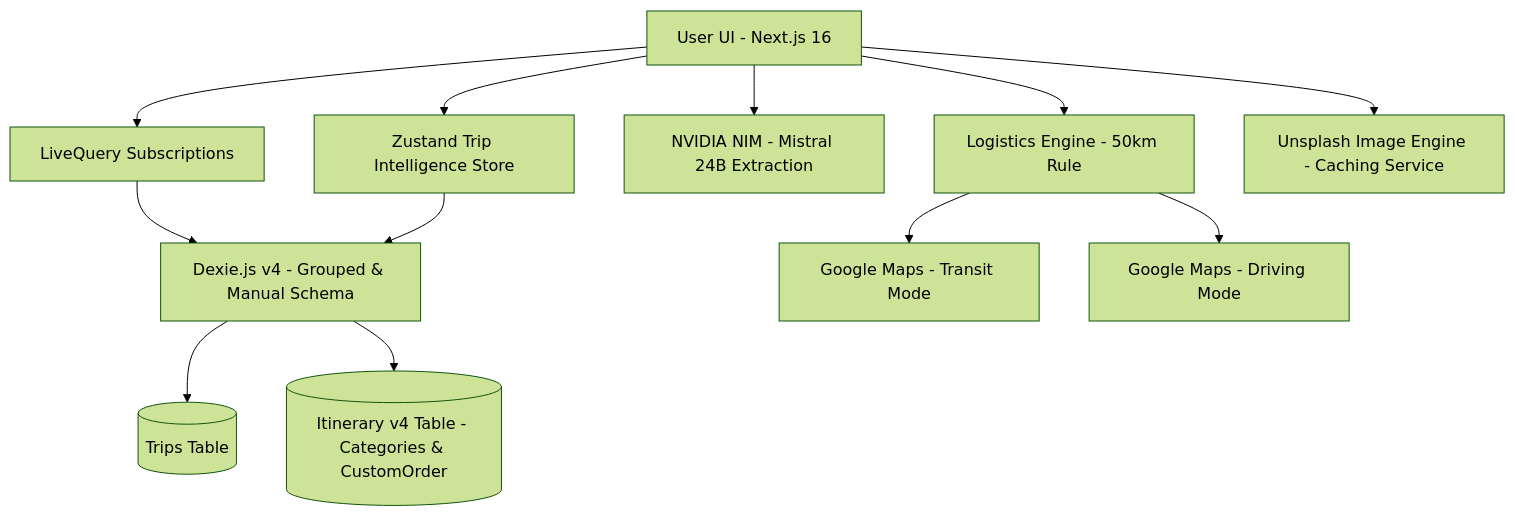
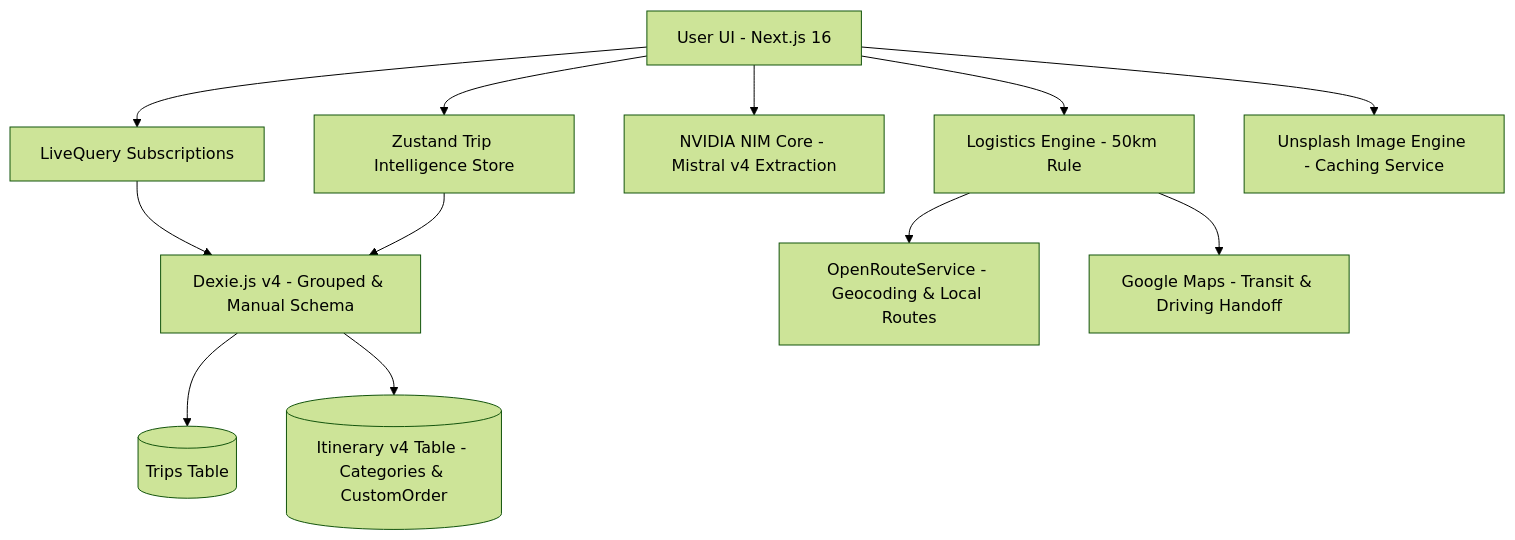
One commit to strike007-3000/RouteMate changed the diagram in README.md. Above: the diagram before and after it, drawn with Mermaid (forest theme). The commit also changed other lines of this file and 6 other files, not shown here.

````diff
--- a/README.md
+++ b/README.md
@@ -49,14 +50,14 @@
 ```mermaid
 graph TD
     A[User UI - Next.js 16] --> B[Zustand Trip Intelligence Store]
     A --> J[LiveQuery Subscriptions]
     J --> C[Dexie.js v4 - Grouped & Manual Schema]
     B --> C
     C --> D[(Trips Table)]
     C --> E[(Itinerary v4 Table - Categories & CustomOrder)]
-    A --> F[NVIDIA NIM - Mistral 24B Extraction]
+    A --> F[NVIDIA NIM Core - Mistral v4 Extraction]
     A --> G[Logistics Engine - 50km Rule]
     A --> K[Unsplash Image Engine - Caching Service]
-    G --> H[Google Maps - Transit Mode]
-    G --> I[Google Maps - Driving Mode]
+    G --> L[OpenRouteService - Geocoding & Local Routes]
+    G --> H[Google Maps - Transit & Driving Handoff]
 ```
````
